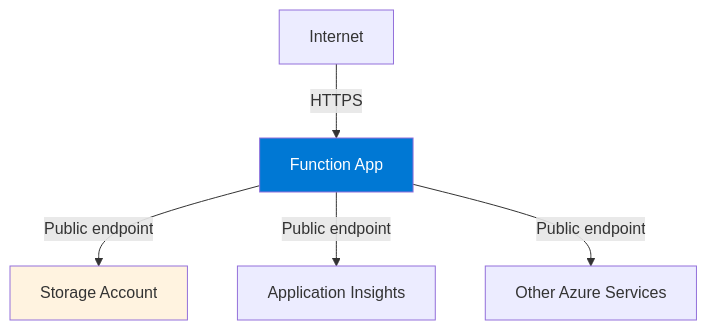
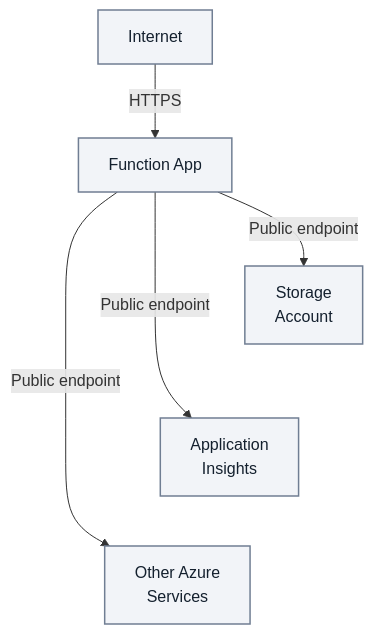
One commit to yeongseon/azure-functions-practical-guide changed the diagram in docs/platform/networking-scenarios/public-only.md. Above: the diagram before and after it, drawn with Mermaid. The commit also changed other lines of this file and 2 other files, not shown here.

Commit message:
docs(diagrams): migrate Functions network scenarios — public only and storage service endpoint (#415)
* docs(diagrams): improve public network scenario readability

Preserve every public dependency and storage decision branch while adding
accessible descriptions and neutral node styling. Use two layout-only links
to keep public dependency labels readable on narrow screens.

Refs #240

* docs(diagrams): refresh owned network scenario inventory

Refresh only the two owned diagram records from the scanner and retain
in-progress status pending maintainer acceptance of the draft migration.

Refs #240

````diff
--- a/docs/platform/networking-scenarios/public-only.md
+++ b/docs/platform/networking-scenarios/public-only.md
@@ -53,10 +56,15 @@
 ```mermaid
 flowchart TD
+    accTitle: Public-only Function App ingress and dependencies
+    accDescr: Illustrative public-only view with Internet HTTPS ingress to the Function App and outbound public-endpoint paths to Storage, Application Insights and other Azure services. No VNet integration or private endpoints are depicted; layout links between dependencies are not requests.
     INET[Internet] -->|HTTPS| FA[Function App]
-    FA -->|Public endpoint| ST[Storage Account]
-    FA -->|Public endpoint| AI[Application Insights]
-    FA -->|Public endpoint| OTHER[Other Azure Services]
-    
-    style FA fill:#0078d4,color:#fff
-    style ST fill:#FFF3E0
+    FA -->|Public endpoint| ST[Storage<br/>Account]
+    FA -->|Public endpoint| AI[Application<br/>Insights]
+    FA -->|Public endpoint| OTHER[Other Azure<br/>Services]
+
+    %% Layout-only links serialize dependencies; they add no requests or steps.
+    ST ~~~ AI
+    AI ~~~ OTHER
+    classDef neutral fill:#f2f4f8,stroke:#707e93,stroke-width:1.5px,color:#14202e;
+    class INET,FA,ST,AI,OTHER neutral;
 ```
````
